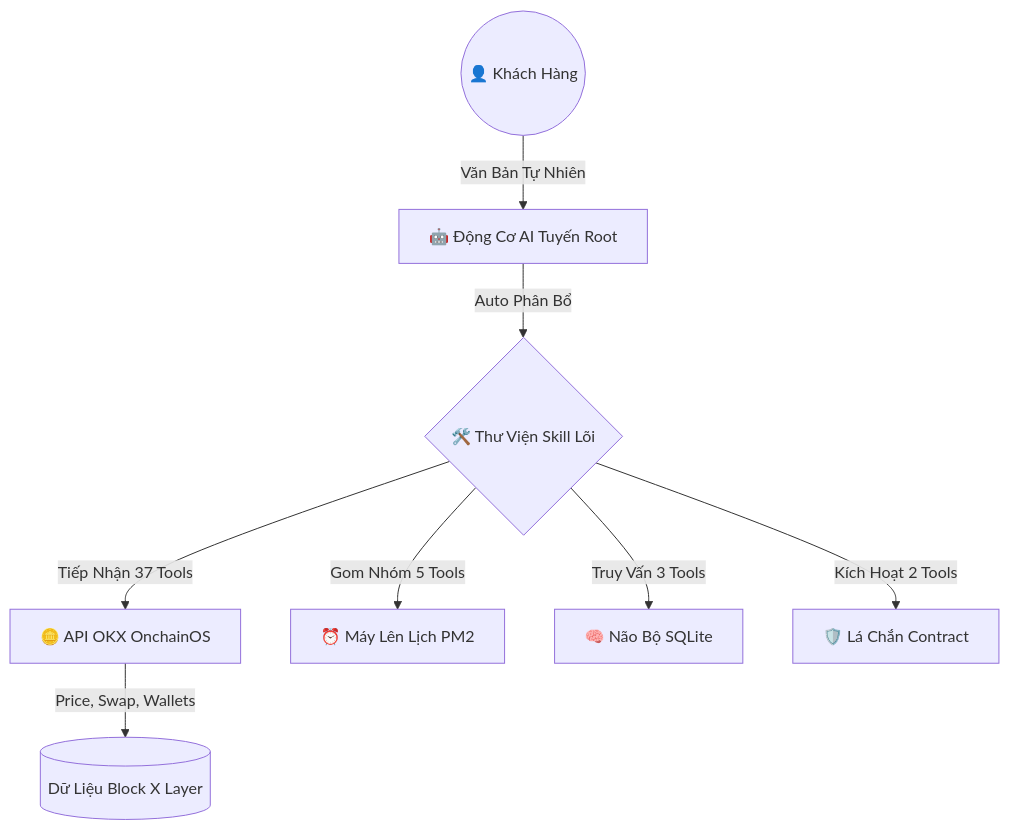
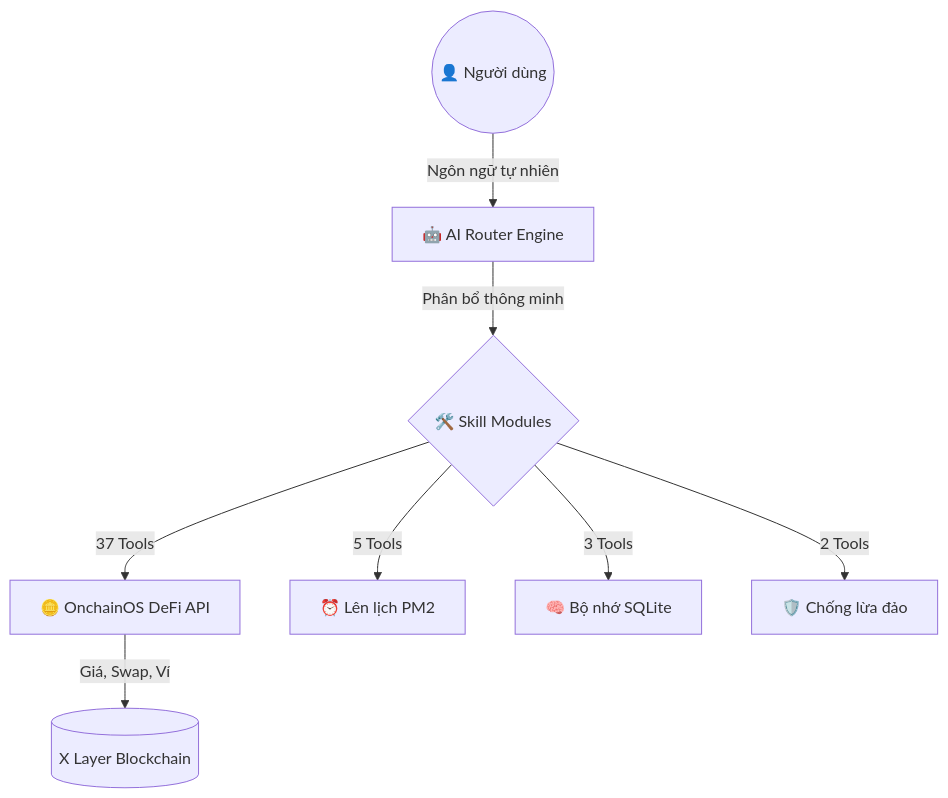
The third of 3 diagrams in README.md (haivcon/xbot), drawn with Mermaid before and after one commit. The commit also changed other lines of this file, not shown here.

````diff
--- a/README.md
+++ b/README.md
@@ -846,10 +1009,10 @@
 ```mermaid
 graph TD;
-    User((👤 Khách Hàng)) -->|Văn Bản Tự Nhiên| Core[🤖 Động Cơ AI Tuyến Root];
-    Core -->|Auto Phân Bổ| Tools{🛠️ Thư Viện Skill Lõi};
-    Tools -->|Tiếp Nhận 37 Tools| Onchain[🪙 API OKX OnchainOS];
-    Tools -->|Gom Nhóm 5 Tools| Scheduler[⏰ Máy Lên Lịch PM2];
-    Tools -->|Truy Vấn 3 Tools| Memory[🧠 Não Bộ SQLite];
-    Tools -->|Kích Hoạt 2 Tools| Security[🛡️ Lá Chắn Contract];
-    Onchain -->|Price, Swap, Wallets| XLayer[(Dữ Liệu Block X Layer)];
+    User((👤 Người dùng)) -->|Ngôn ngữ tự nhiên| Core[🤖 AI Router Engine];
+    Core -->|Phân bổ thông minh| Tools{🛠️ Skill Modules};
+    Tools -->|37 Tools| Onchain[🪙 OnchainOS DeFi API];
+    Tools -->|5 Tools| Scheduler[⏰ Lên lịch PM2];
+    Tools -->|3 Tools| Memory[🧠 Bộ nhớ SQLite];
+    Tools -->|2 Tools| Security[🛡️ Chống lừa đảo];
+    Onchain -->|Giá, Swap, Ví| XLayer[(X Layer Blockchain)];
 ```
````
